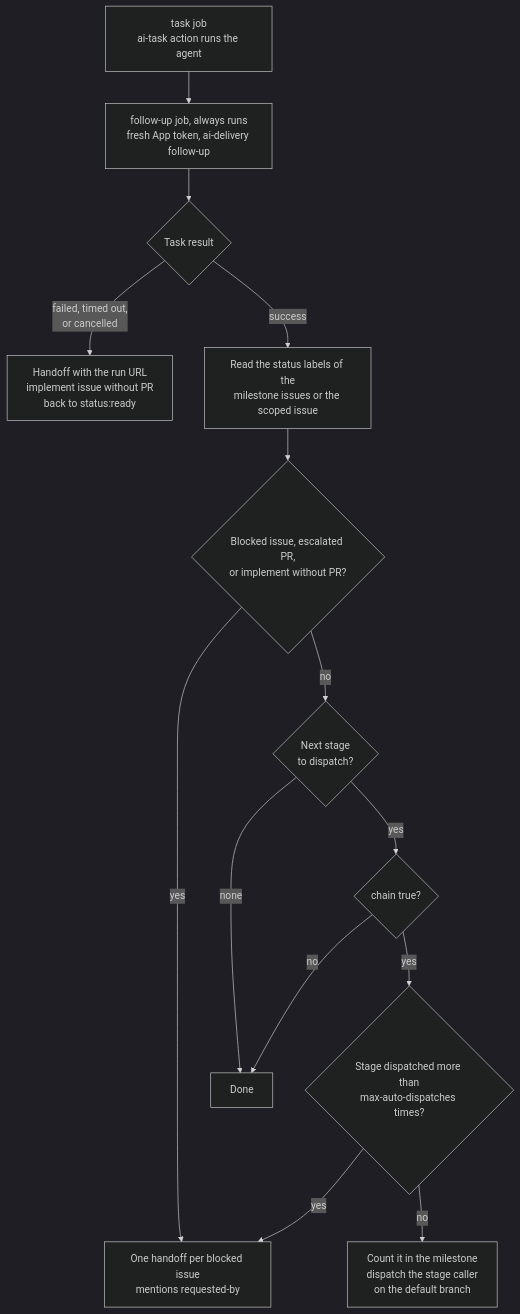
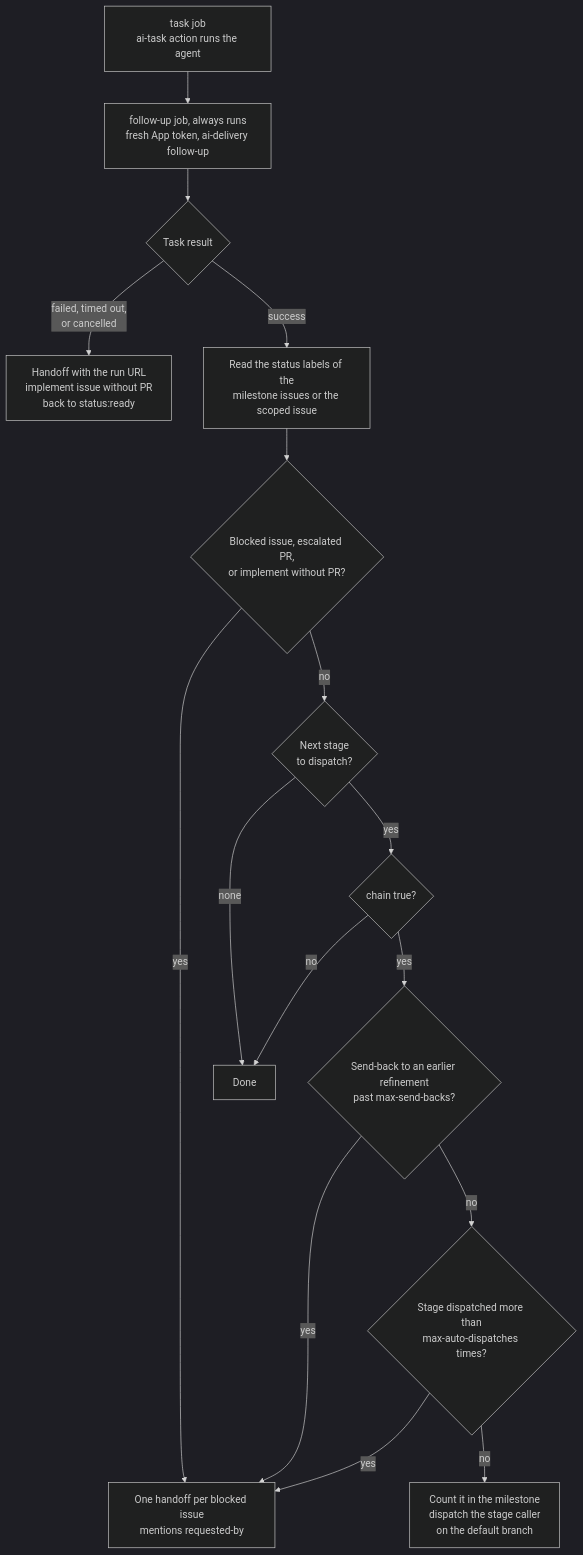
One commit to fbrissi/github-actions changed the fifth of 8 diagrams in README.md. Above: the diagram before and after it, drawn with Mermaid (dark theme). The commit also changed other lines of this file and 8 other files, not shown here.

Commit message:
fix: limit refinement send-backs to one

````diff
--- a/README.md
+++ b/README.md
@@ -639,16 +643,18 @@
 ```mermaid
 flowchart TD
   task["task job<br/>ai-task action runs the agent"] --> fu["follow-up job, always runs<br/>fresh App token, ai-delivery follow-up"]
   fu --> res{"Task result"}
   res -- "failed, timed out,<br/>or cancelled" --> fail["Handoff with the run URL<br/>implement issue without PR<br/>back to status:ready"]
   res -- "success" --> labels["Read the status labels of the<br/>milestone issues or the scoped issue"]
   labels --> blocked{"Blocked issue, escalated PR,<br/>or implement without PR?"}
   blocked -- "yes" --> hand["One handoff per blocked issue<br/>mentions requested-by"]
   blocked -- "no" --> next{"Next stage<br/>to dispatch?"}
   next -- "none" --> stop["Done"]
   next -- "yes" --> chain{"chain true?"}
   chain -- "no" --> stop
-  chain -- "yes" --> guard{"Stage dispatched more than<br/>max-auto-dispatches times?"}
+  chain -- "yes" --> back{"Send-back to an earlier refinement<br/>past max-send-backs?"}
+  back -- "yes" --> hand
+  back -- "no" --> guard{"Stage dispatched more than<br/>max-auto-dispatches times?"}
   guard -- "yes" --> hand
   guard -- "no" --> disp["Count it in the milestone<br/>dispatch the stage caller<br/>on the default branch"]
 ```
````
